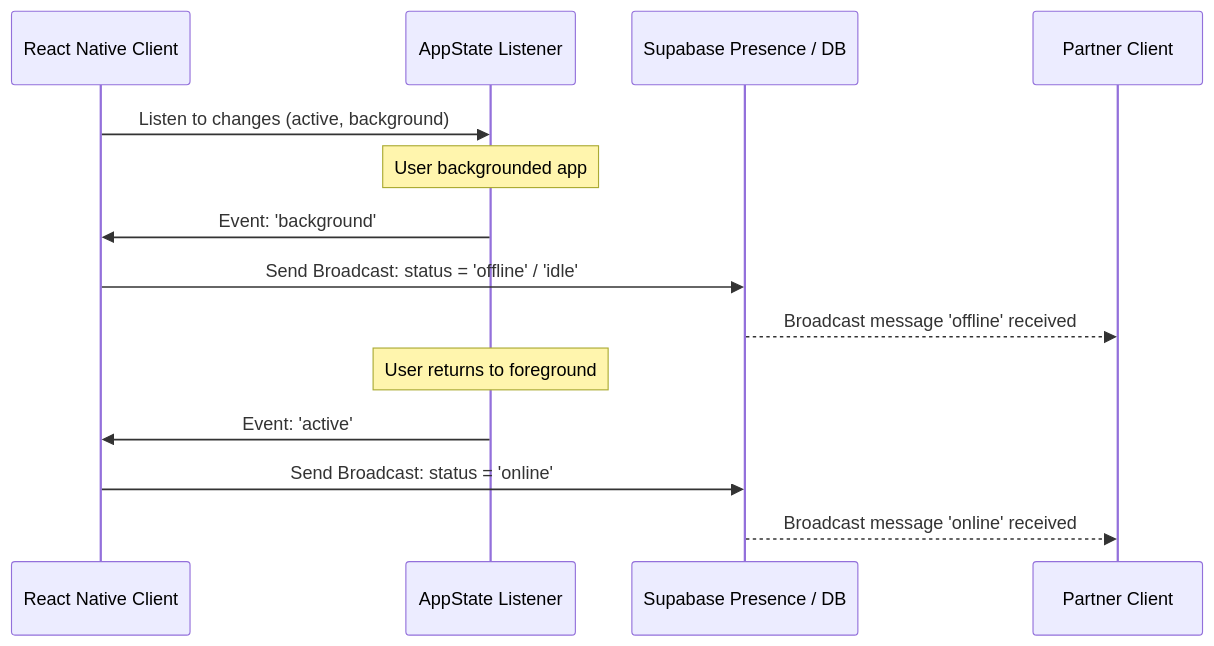
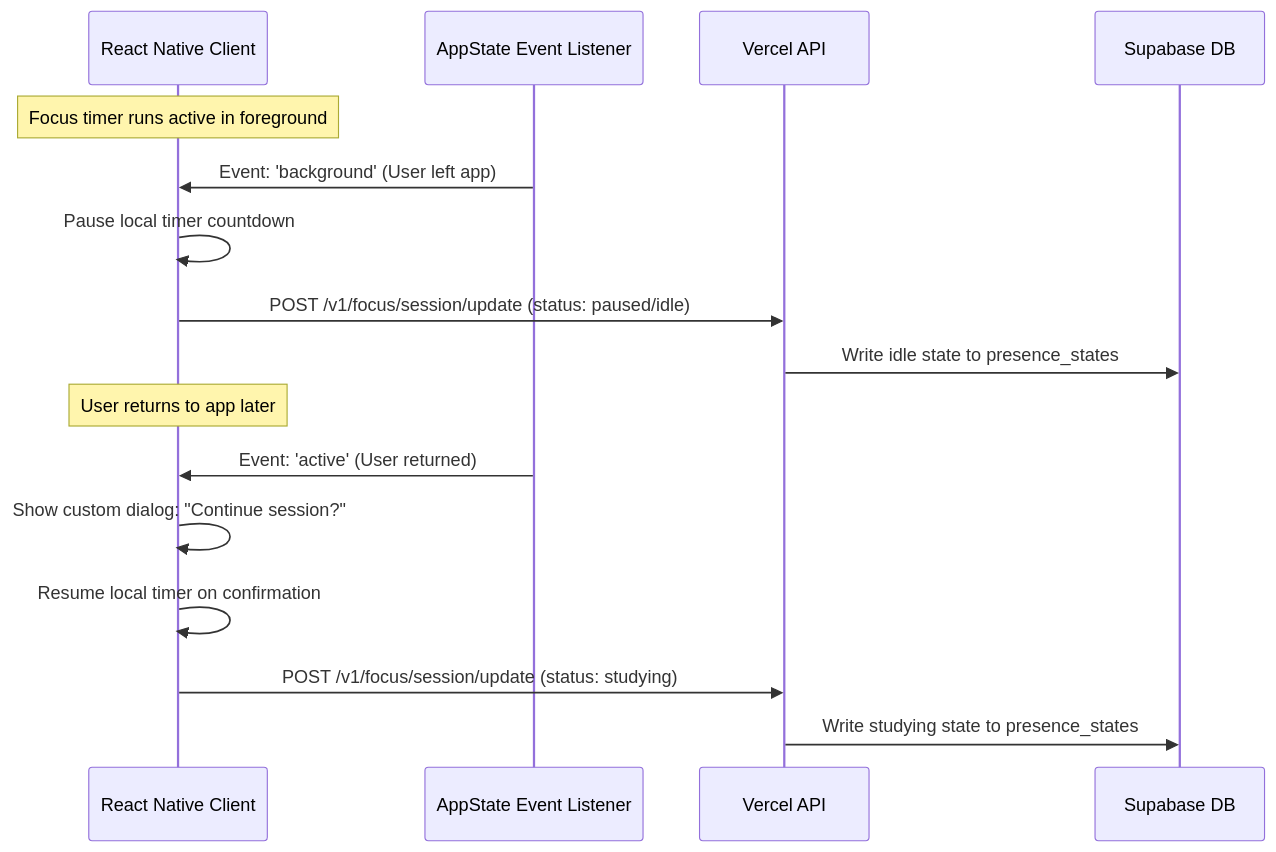
One commit to iteshxt/bloom-app changed the second of 2 diagrams in docs/TECHNICAL_DESIGN.md. Above: the diagram before and after it, drawn with Mermaid. The commit also changed other lines of this file and 40 other files, not shown here.

````diff
--- a/docs/TECHNICAL_DESIGN.md
+++ b/docs/TECHNICAL_DESIGN.md
@@ -277,17 +229,20 @@
 ```mermaid
 sequenceDiagram
     participant App as React Native Client
-    participant AppState as AppState Listener
-    participant DB as Supabase Presence / DB
-    participant Partner as Partner Client
+    participant AppState as AppState Event Listener
+    participant API as Vercel API
+    participant DB as Supabase DB
 
-    App->>AppState: Listen to changes (active, background)
-    Note over AppState: User backgrounded app
-    AppState->>App: Event: 'background'
-    App->>DB: Send Broadcast: status = 'offline' / 'idle'
-    DB-->>Partner: Broadcast message 'offline' received
-    Note over AppState: User returns to foreground
-    AppState->>App: Event: 'active'
-    App->>DB: Send Broadcast: status = 'online'
-    DB-->>Partner: Broadcast message 'online' received
+    Note over App: Focus timer runs active in foreground
+    AppState->>App: Event: 'background' (User left app)
+    App->>App: Pause local timer countdown
+    App->>API: POST /v1/focus/session/update (status: paused/idle)
+    API->>DB: Write idle state to presence_states
+  
+    Note over App: User returns to app later
+    AppState->>App: Event: 'active' (User returned)
+    App->>App: Show custom dialog: "Continue session?"
+    App->>App: Resume local timer on confirmation
+    App->>API: POST /v1/focus/session/update (status: studying)
+    API->>DB: Write studying state to presence_states
 ```
````
